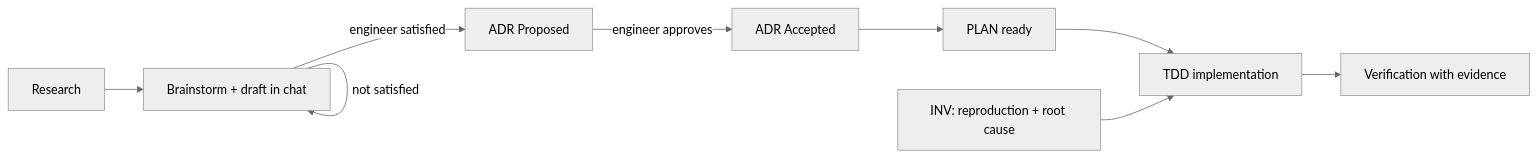
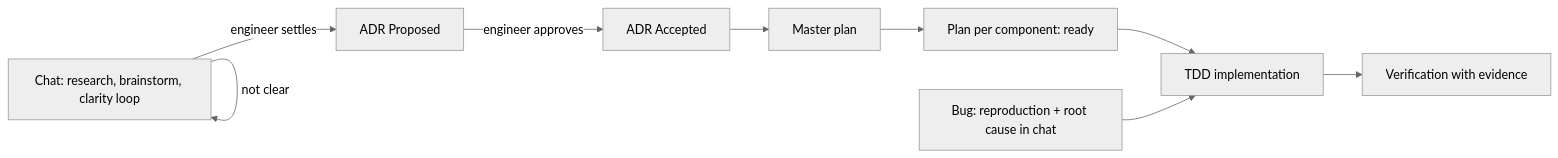
One commit to huydoansg/my-skills-my-rules-my-agents changed the second of 3 diagrams in README.md. Above: the diagram before and after it, drawn with Mermaid (neutral theme). The commit also changed other lines of this file and 12 other files, not shown here.

````diff
--- a/README.md
+++ b/README.md
@@ -162,11 +169,11 @@
 ```mermaid
 flowchart LR
-  R[Research] --> B[Brainstorm + draft in chat]
-  B -->|not satisfied| B
-  B -->|engineer satisfied| A[ADR Proposed]
+  C[Chat: research, brainstorm, clarity loop] -->|not clear| C
+  C -->|engineer settles| A[ADR Proposed]
   A -->|engineer approves| AC[ADR Accepted]
-  AC --> P[PLAN ready]
+  AC --> M[Master plan]
+  M --> P[Plan per component: ready]
   P --> T[TDD implementation]
-  I[INV: reproduction + root cause] --> T
+  B[Bug: reproduction + root cause in chat] --> T
   T --> V[Verification with evidence]
 ```
````
